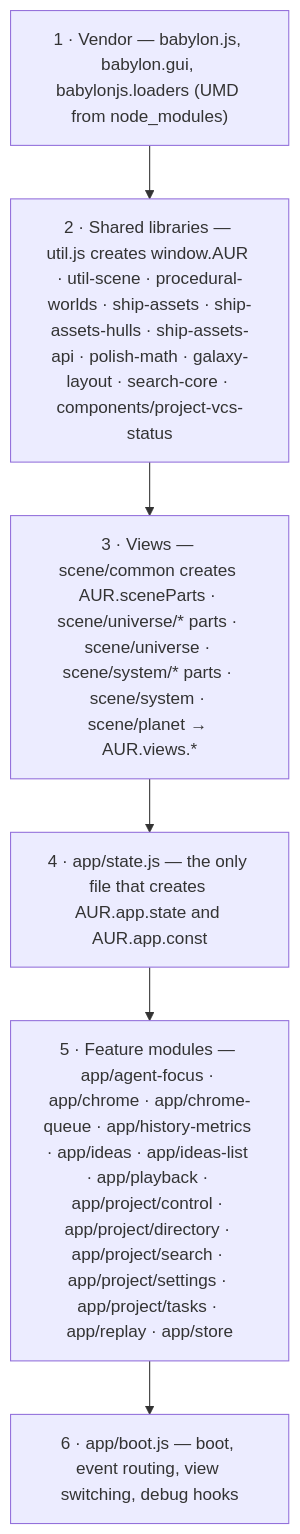
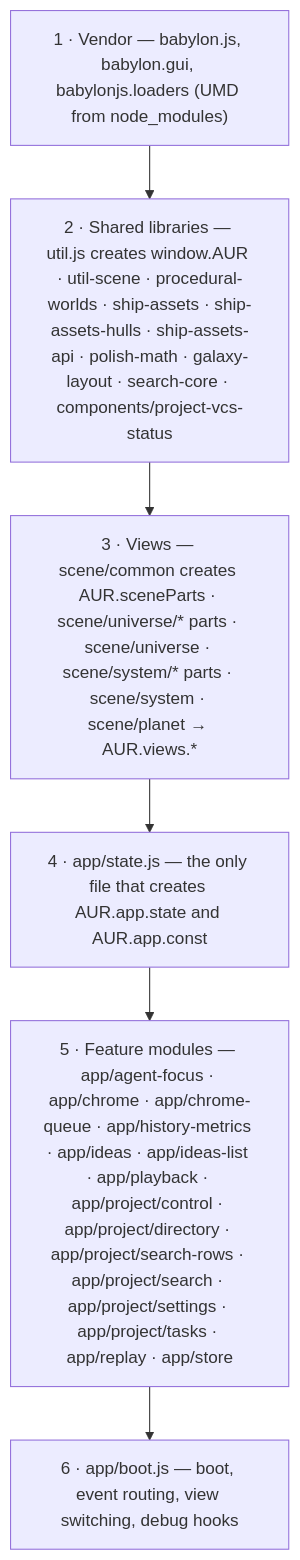
Before and after one commit to MatthewNorton/agent-orrery: the fourth of 4 diagrams in .docs/architecture.md, drawn with Mermaid. The commit also changed other lines of this file and 7 other files, not shown here.

````diff
--- a/.docs/architecture.md
+++ b/.docs/architecture.md
@@ -435,10 +435,10 @@
 ```mermaid
 flowchart TB
   V["1 · Vendor — babylon.js, babylon.gui, babylonjs.loaders (UMD from node_modules)"]
   L["2 · Shared libraries — util.js creates window.AUR · util-scene · procedural-worlds · ship-assets · ship-assets-hulls · ship-assets-api · polish-math · galaxy-layout · search-core · components/project-vcs-status"]
   S["3 · Views — scene/common creates AUR.sceneParts · scene/universe/* parts · scene/universe · scene/system/* parts · scene/system · scene/planet → AUR.views.*"]
   ST["4 · app/state.js — the only file that creates AUR.app.state and AUR.app.const"]
-  M["5 · Feature modules — app/agent-focus · app/chrome · app/chrome-queue · app/history-metrics · app/ideas · app/ideas-list · app/playback · app/project/control · app/project/directory · app/project/search · app/project/settings · app/project/tasks · app/replay · app/store"]
+  M["5 · Feature modules — app/agent-focus · app/chrome · app/chrome-queue · app/history-metrics · app/ideas · app/ideas-list · app/playback · app/project/control · app/project/directory · app/project/search-rows · app/project/search · app/project/settings · app/project/tasks · app/replay · app/store"]
   A["6 · app/boot.js — boot, event routing, view switching, debug hooks"]
   V --> L --> S --> ST --> M --> A
 ```
````
